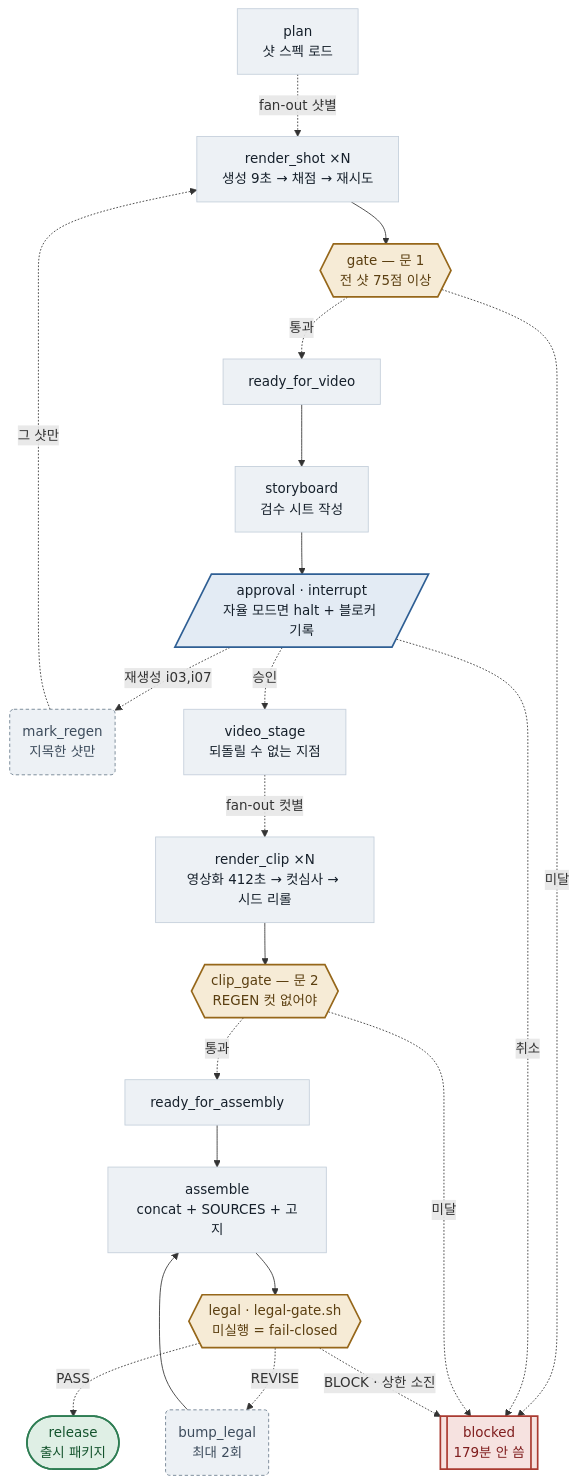
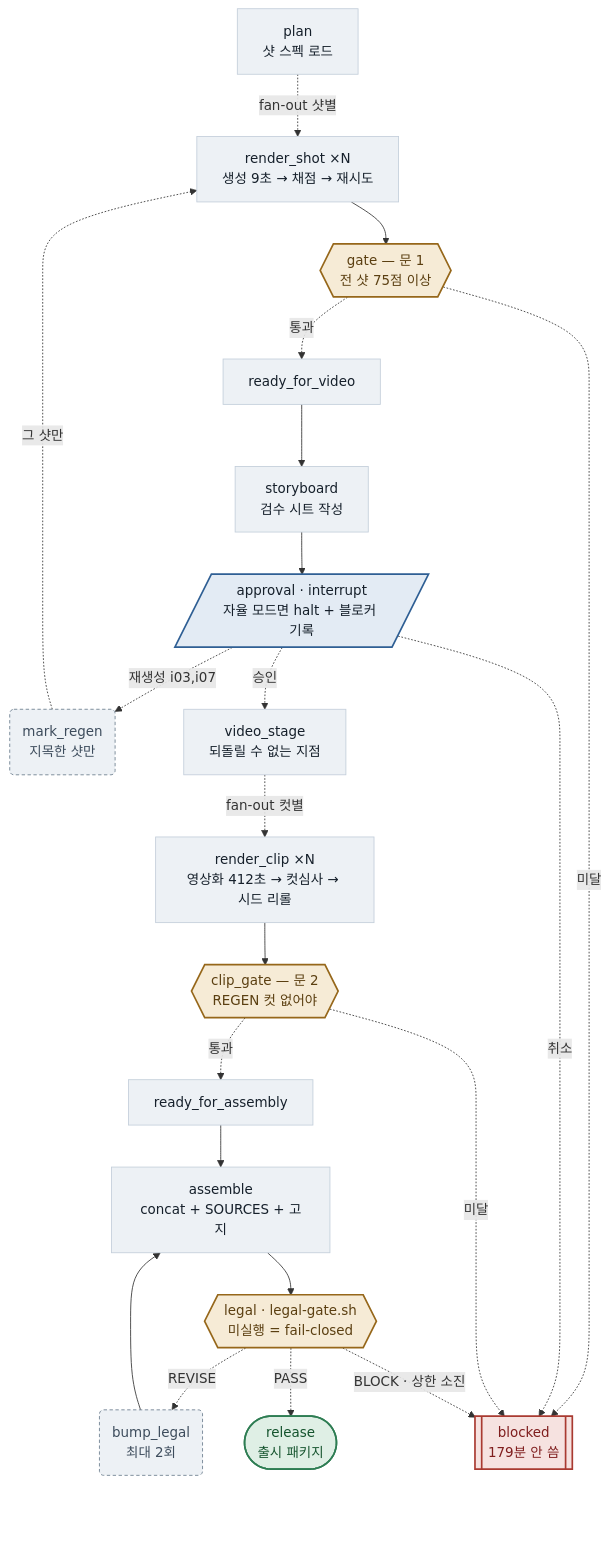
The first of 2 diagrams in graph/README.md (MelonS/MelonS-Agents), drawn with Mermaid before and after one commit. The commit also changed other lines of this file and 3 other files, not shown here.

First line of the commit message:
fix(readme): 구조도 하단에 보이지 않는 여백 — GitHub 확대 컨트롤과 겹침 해소

````diff
--- a/graph/README.md
+++ b/graph/README.md
@@ -53,54 +53,59 @@
 ```mermaid
 flowchart TD
   plan["plan<br/>샷 스펙 로드"]
   render_shot["render_shot ×N<br/>생성 9초 → 채점 → 재시도"]
   gate{{"gate — 문 1<br/>전 샷 75점 이상"}}
   ready_for_video["ready_for_video"]
   storyboard["storyboard<br/>검수 시트 작성"]
   approval[/"approval · interrupt<br/>자율 모드면 halt + 블로커 기록"/]
   mark_regen("mark_regen<br/>지목한 샷만")
   video_stage["video_stage<br/>되돌릴 수 없는 지점"]
   render_clip["render_clip ×N<br/>영상화 412초 → 컷심사 → 시드 리롤"]
   clip_gate{{"clip_gate — 문 2<br/>REGEN 컷 없어야"}}
   ready_for_assembly["ready_for_assembly"]
   assemble["assemble<br/>concat + SOURCES + 고지"]
   legal{{"legal · legal-gate.sh<br/>미실행 = fail-closed"}}
   bump_legal("bump_legal<br/>최대 2회")
   release(["release<br/>출시 패키지"])
   blocked[["blocked<br/>179분 안 씀"]]
 
   plan -. "fan-out 샷별" .-> render_shot
   render_shot --> gate
   gate -. "통과" .-> ready_for_video
   gate -. "미달" .-> blocked
   ready_for_video --> storyboard
   storyboard --> approval
   approval -. "재생성 i03,i07" .-> mark_regen
   approval -. "승인" .-> video_stage
   approval -. "취소" .-> blocked
   mark_regen -. "그 샷만" .-> render_shot
   video_stage -. "fan-out 컷별" .-> render_clip
   render_clip --> clip_gate
   clip_gate -. "통과" .-> ready_for_assembly
   clip_gate -. "미달" .-> blocked
   ready_for_assembly --> assemble
   assemble --> legal
   legal -. "REVISE" .-> bump_legal
   legal -. "PASS" .-> release
   legal -. "BLOCK · 상한 소진" .-> blocked
   bump_legal --> assemble
+  ctrl_gap[" "]
+  blocked ~~~ ctrl_gap
+  release ~~~ ctrl_gap
 
   classDef step fill:#EDF1F5,stroke:#C3CEDA,stroke-width:1px,color:#16202B
   classDef gate fill:#F6EBD6,stroke:#96671A,stroke-width:2px,color:#5B3F11
   classDef mutex fill:#E3EBF4,stroke:#2F5F94,stroke-width:2px,color:#16202B
   classDef human fill:#E3EBF4,stroke:#2F5F94,stroke-width:2px,color:#16202B
   classDef retry fill:#EDF1F5,stroke:#6B7C8D,stroke-width:1px,stroke-dasharray:4 3,color:#3D4C5C
   classDef done fill:#DFEFE5,stroke:#2E7D53,stroke-width:2px,color:#14532D
   classDef stop fill:#F6E2E0,stroke:#A93A31,stroke-width:2px,color:#7F1D1D
   class assemble,plan,ready_for_assembly,ready_for_video,render_clip,render_shot,storyboard,video_stage step
   class clip_gate,gate,legal gate
   class approval human
   class bump_legal,mark_regen retry
   class release done
   class blocked stop
+  classDef gap fill:none,stroke:none,color:#00000000
+  class ctrl_gap gap
 ```
````
